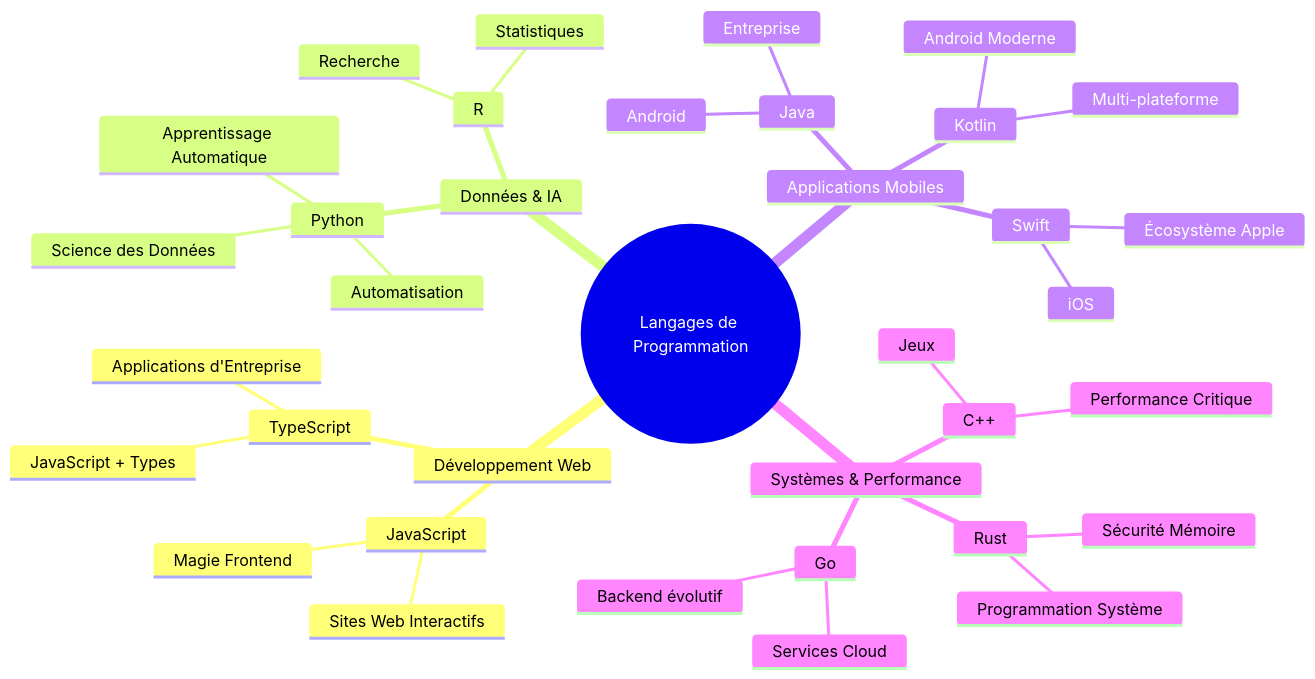
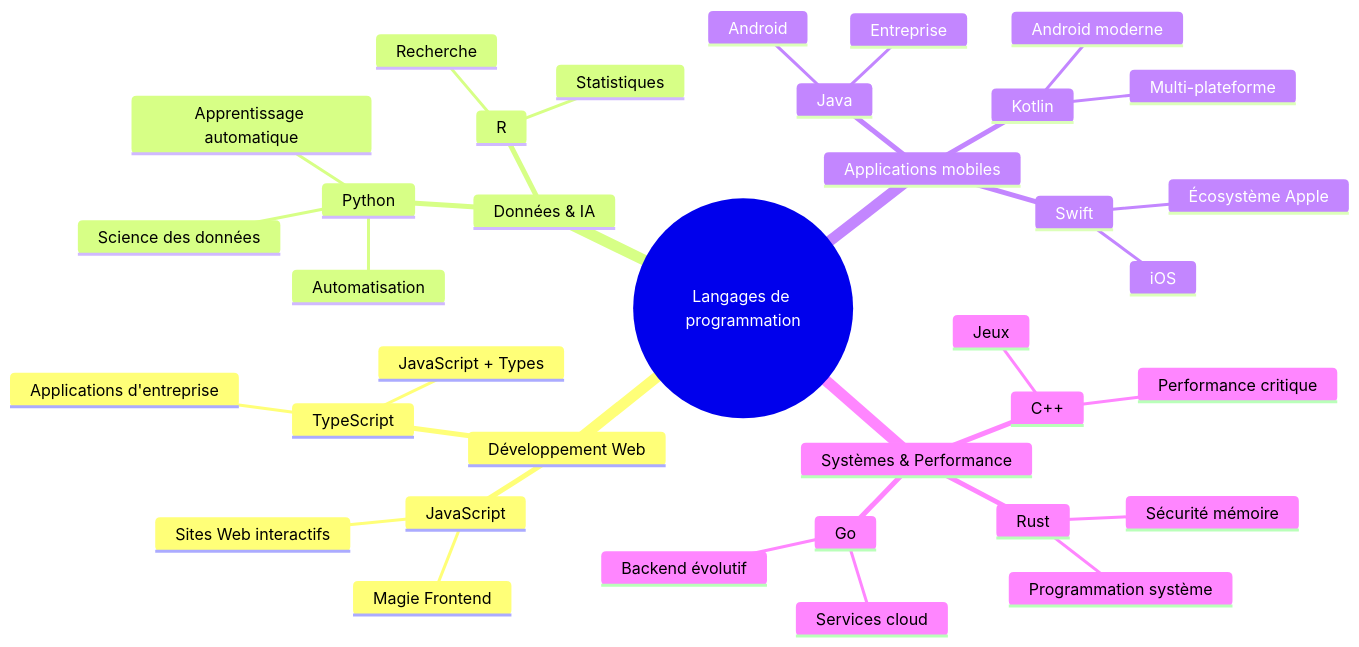
Before and after one commit to microsoft/Web-Dev-For-Beginners: the second of 7 diagrams in translations/fr/1-getting-started-lessons/1-intro-to-programming-languages/README.md, drawn with Mermaid. The commit also changed other lines of this file and 8 other files, not shown here.

````diff
--- a/translations/fr/1-getting-started-lessons/1-intro-to-programming-languages/README.md
+++ b/translations/fr/1-getting-started-lessons/1-intro-to-programming-languages/README.md
@@ -84,39 +85,39 @@
 ```mermaid
 mindmap
-  root((Langages de Programmation))
+  root((Langages de programmation))
     Développement Web
       JavaScript
         Magie Frontend
-        Sites Web Interactifs
+        Sites Web interactifs
       TypeScript
         JavaScript + Types
-        Applications d'Entreprise
+        Applications d'entreprise
     Données & IA
       Python
-        Science des Données
-        Apprentissage Automatique
+        Science des données
+        Apprentissage automatique
         Automatisation
       R
         Statistiques
         Recherche
-    Applications Mobiles
+    Applications mobiles
       Java
         Android
         Entreprise
       Swift
         iOS
         Écosystème Apple
       Kotlin
-        Android Moderne
+        Android moderne
         Multi-plateforme
     Systèmes & Performance
       C++
         Jeux
-        Performance Critique
+        Performance critique
       Rust
-        Sécurité Mémoire
-        Programmation Système
+        Sécurité mémoire
+        Programmation système
       Go
-        Services Cloud
+        Services cloud
         Backend évolutif
 ```
````
